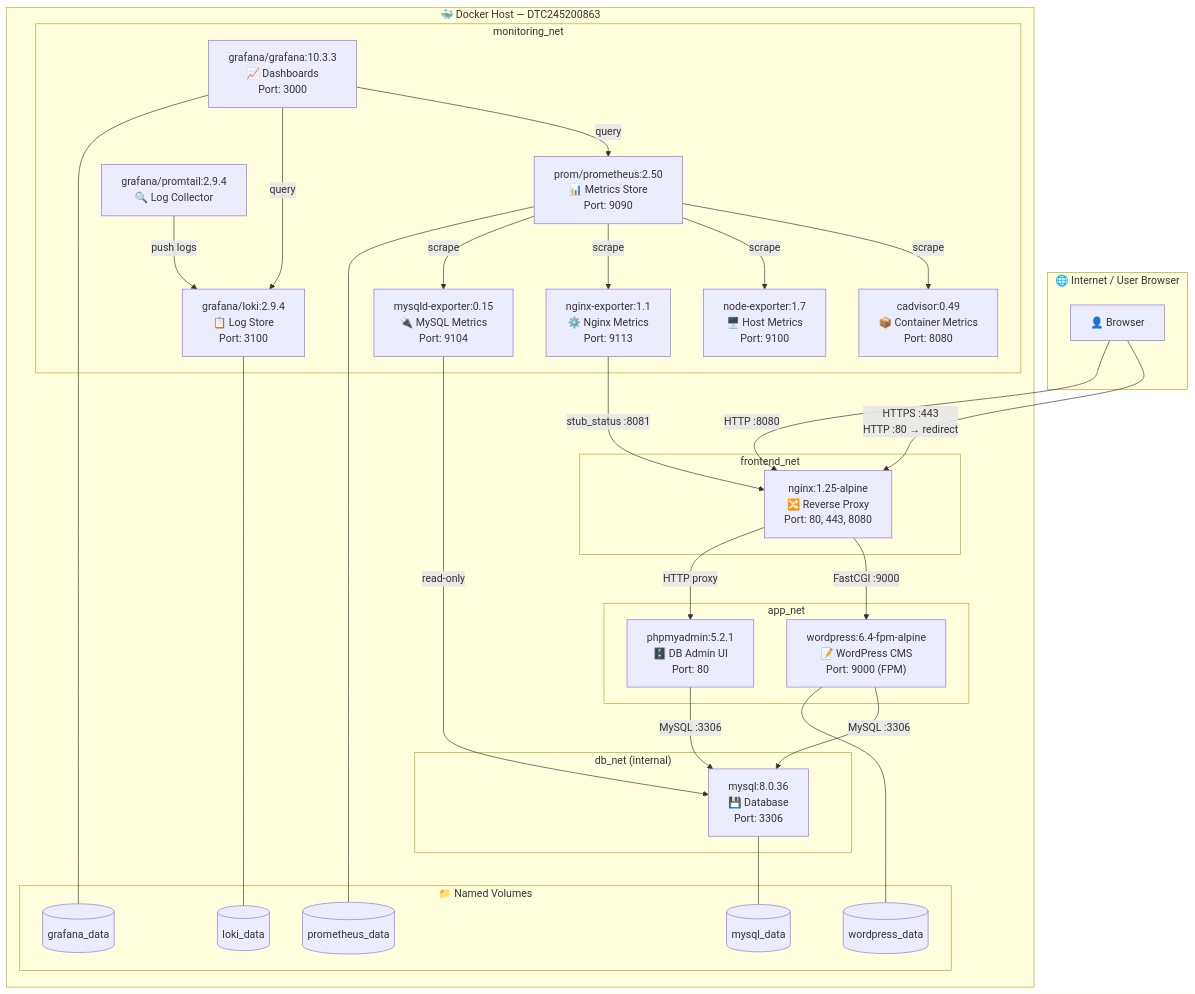
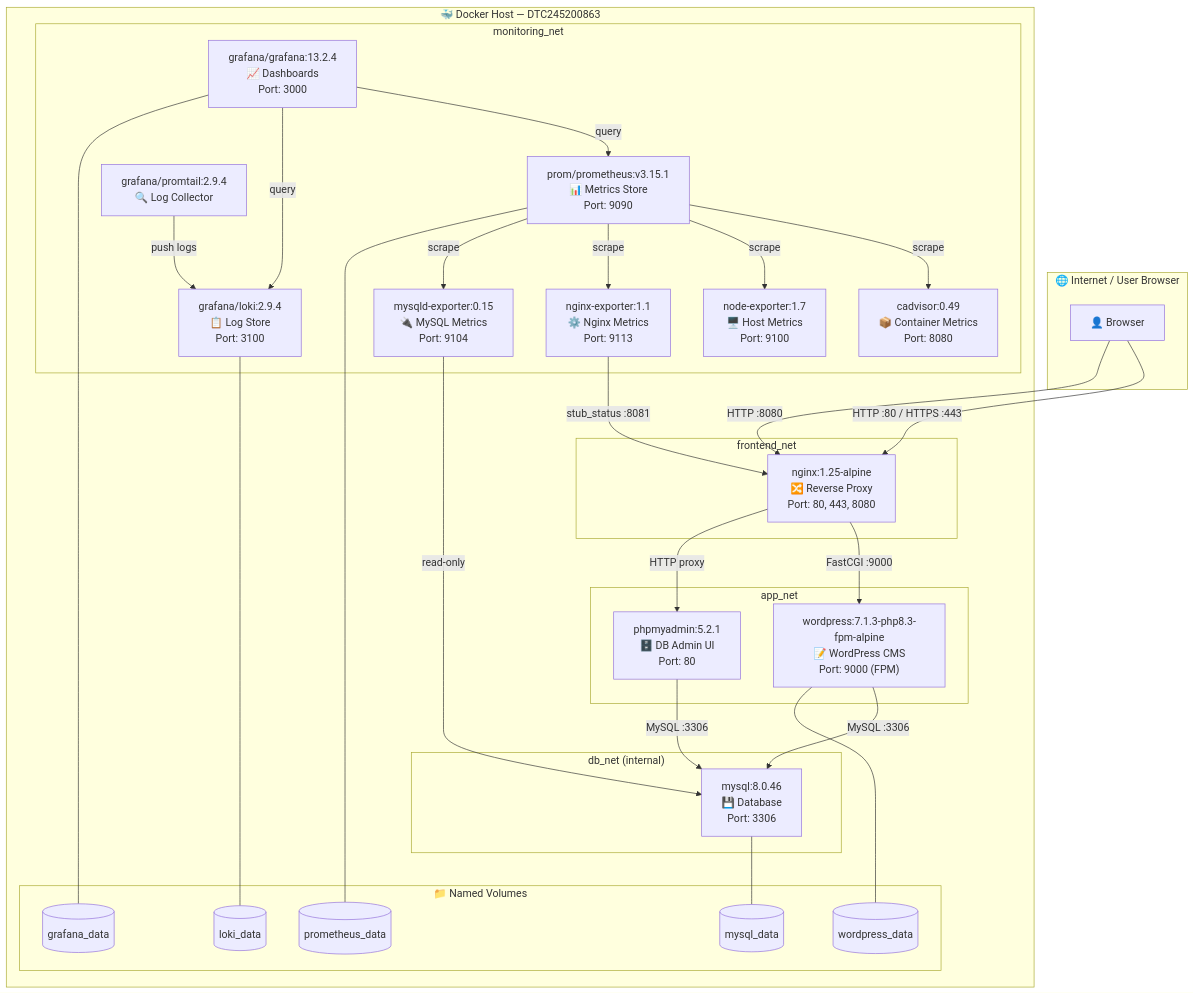
Before and after one commit to giachiensssL/DTC245200863: the diagram in docs/architecture/architecture.md, drawn with Mermaid. The commit also changed other lines of this file and 27 other files, not shown here.

````diff
--- a/docs/architecture/architecture.md
+++ b/docs/architecture/architecture.md
@@ -5,62 +5,62 @@
 ```mermaid
 graph TB
     subgraph Internet["🌐 Internet / User Browser"]
         Browser["👤 Browser"]
     end
 
     subgraph Docker["🐳 Docker Host — DTC245200863"]
         subgraph FrontendNet["frontend_net"]
             Nginx["nginx:1.25-alpine\n🔀 Reverse Proxy\nPort: 80, 443, 8080"]
         end
 
         subgraph AppNet["app_net"]
-            WordPress["wordpress:6.4-fpm-alpine\n📝 WordPress CMS\nPort: 9000 (FPM)"]
+            WordPress["wordpress:7.1.3-php8.3-fpm-alpine\n📝 WordPress CMS\nPort: 9000 (FPM)"]
             phpMyAdmin["phpmyadmin:5.2.1\n🗄️ DB Admin UI\nPort: 80"]
         end
 
         subgraph DBNet["db_net (internal)"]
-            MySQL["mysql:8.0.36\n💾 Database\nPort: 3306"]
+            MySQL["mysql:8.0.46\n💾 Database\nPort: 3306"]
         end
 
         subgraph MonNet["monitoring_net"]
-            Prometheus["prom/prometheus:2.50\n📊 Metrics Store\nPort: 9090"]
-            Grafana["grafana/grafana:10.3.3\n📈 Dashboards\nPort: 3000"]
+            Prometheus["prom/prometheus:v3.15.1\n📊 Metrics Store\nPort: 9090"]
+            Grafana["grafana/grafana:13.2.4\n📈 Dashboards\nPort: 3000"]
             Loki["grafana/loki:2.9.4\n📋 Log Store\nPort: 3100"]
             Promtail["grafana/promtail:2.9.4\n🔍 Log Collector"]
             cAdvisor["cadvisor:0.49\n📦 Container Metrics\nPort: 8080"]
             NodeExp["node-exporter:1.7\n🖥️ Host Metrics\nPort: 9100"]
             NginxExp["nginx-exporter:1.1\n⚙️ Nginx Metrics\nPort: 9113"]
             MySQLExp["mysqld-exporter:0.15\n🔌 MySQL Metrics\nPort: 9104"]
         end
 
         subgraph Volumes["📁 Named Volumes"]
             V1[(mysql_data)]
             V2[(wordpress_data)]
             V3[(grafana_data)]
             V4[(prometheus_data)]
             V5[(loki_data)]
         end
     end
 
-    Browser -->|"HTTPS :443\nHTTP :80 → redirect"| Nginx
+    Browser -->|"HTTP :80 / HTTPS :443"| Nginx
     Browser -->|"HTTP :8080"| Nginx
     Nginx -->|"FastCGI :9000"| WordPress
     Nginx -->|"HTTP proxy"| phpMyAdmin
     WordPress -->|"MySQL :3306"| MySQL
     phpMyAdmin -->|"MySQL :3306"| MySQL
     MySQL --- V1
     WordPress --- V2
 
     Prometheus -->|"scrape"| cAdvisor
     Prometheus -->|"scrape"| NodeExp
     Prometheus -->|"scrape"| NginxExp
     Prometheus -->|"scrape"| MySQLExp
     Prometheus --- V4
     Grafana -->|"query"| Prometheus
     Grafana -->|"query"| Loki
     Grafana --- V3
     Promtail -->|"push logs"| Loki
     Loki --- V5
     NginxExp -->|"stub_status :8081"| Nginx
     MySQLExp -->|"read-only"| MySQL
 ```
````
